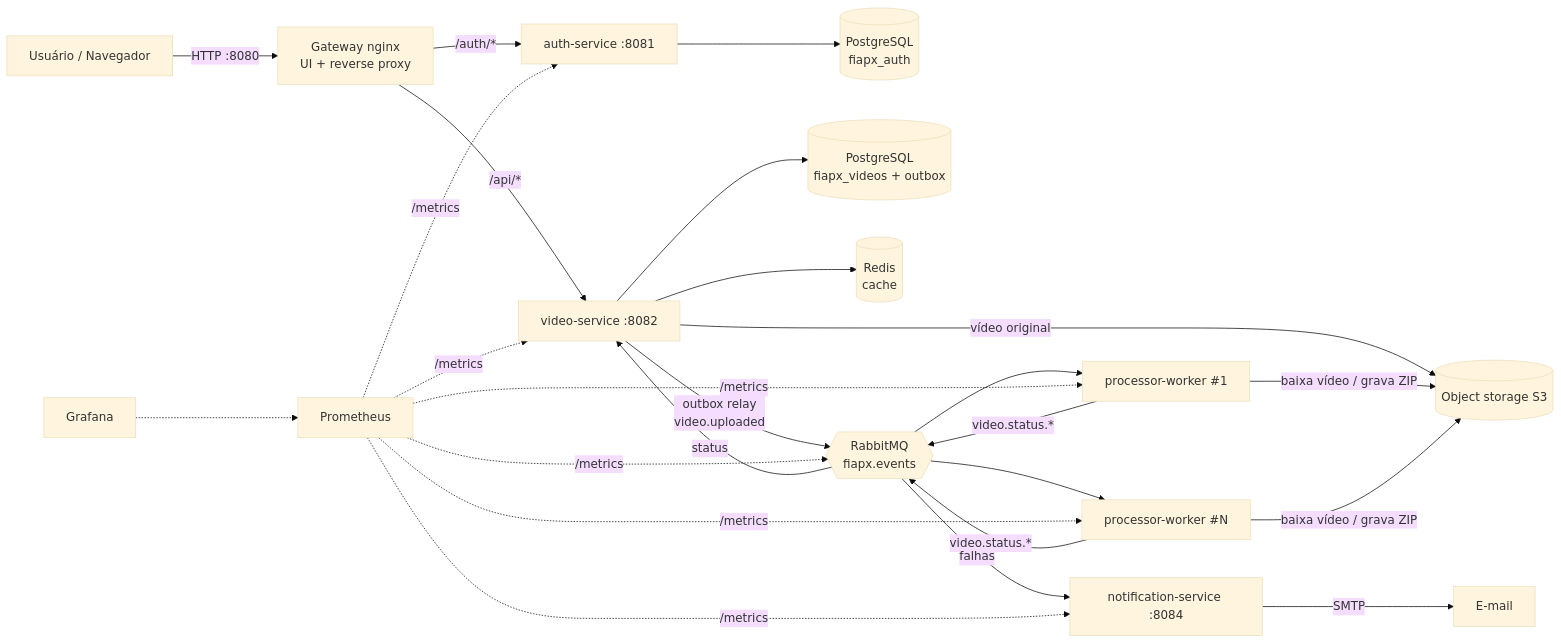
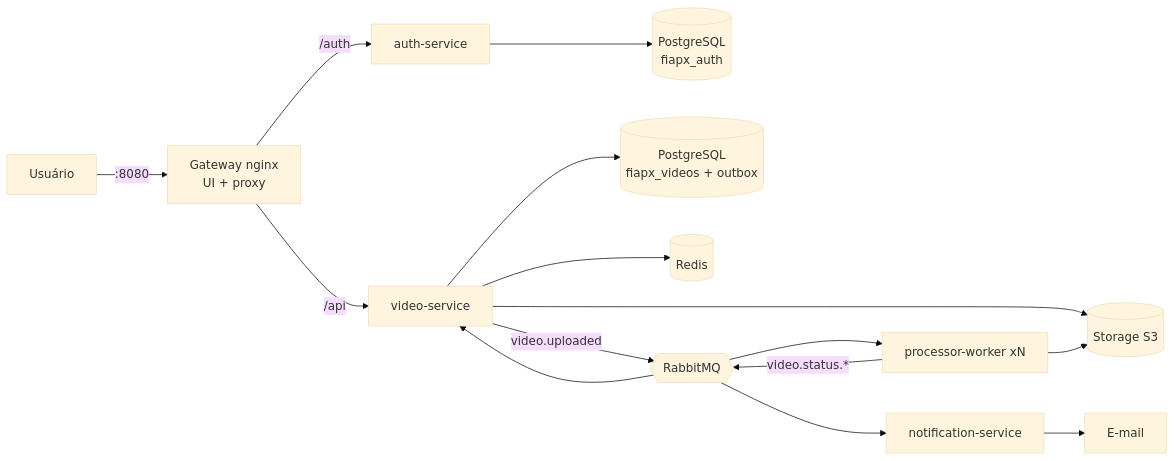
The diagram in README.md (monnclaro/soat-hackaton), drawn with Mermaid (base theme) before and after one commit. The commit also changed other lines of this file and 6 other files, not shown here.

````diff
--- a/README.md
+++ b/README.md
@@ -95,23 +75,17 @@
 ```mermaid
 flowchart LR
-    U[Usuário / Navegador] -->|HTTP :8080| GW[Gateway nginx<br/>UI + reverse proxy]
-    GW -->|/auth/*| AUTH[auth-service :8081]
-    GW -->|/api/*| VID[video-service :8082]
-
+    U[Usuário] -->|:8080| GW[Gateway nginx<br/>UI + proxy]
+    GW -->|/auth| AUTH[auth-service]
+    GW -->|/api| VID[video-service]
     AUTH --> PGA[(PostgreSQL<br/>fiapx_auth)]
     VID --> PGV[(PostgreSQL<br/>fiapx_videos + outbox)]
-    VID --> R[(Redis<br/>cache)]
-    VID -->|vídeo original| S3[(Object storage S3)]
-
-    VID -->|outbox relay<br/>video.uploaded| MQ{{RabbitMQ<br/>fiapx.events}}
-    MQ --> W1[processor-worker #1]
-    MQ --> W2[processor-worker #N]
-    W1 & W2 -->|baixa vídeo / grava ZIP| S3
-    W1 & W2 -->|video.status.*| MQ
-    MQ -->|status| VID
-    MQ -->|falhas| NOT[notification-service :8084]
-    NOT -->|SMTP| MAIL[E-mail]
-
-    PROM[Prometheus] -.->|/metrics| AUTH & VID & W1 & W2 & NOT & MQ
-    GRAF[Grafana] -.-> PROM
+    VID --> R[(Redis)]
+    VID --> S3[(Storage S3)]
+    VID -->|video.uploaded| MQ{{RabbitMQ}}
+    MQ --> W[processor-worker xN]
+    W --> S3
+    W -->|video.status.*| MQ
+    MQ --> VID
+    MQ --> NOT[notification-service]
+    NOT --> MAIL[E-mail]
 ```
````
